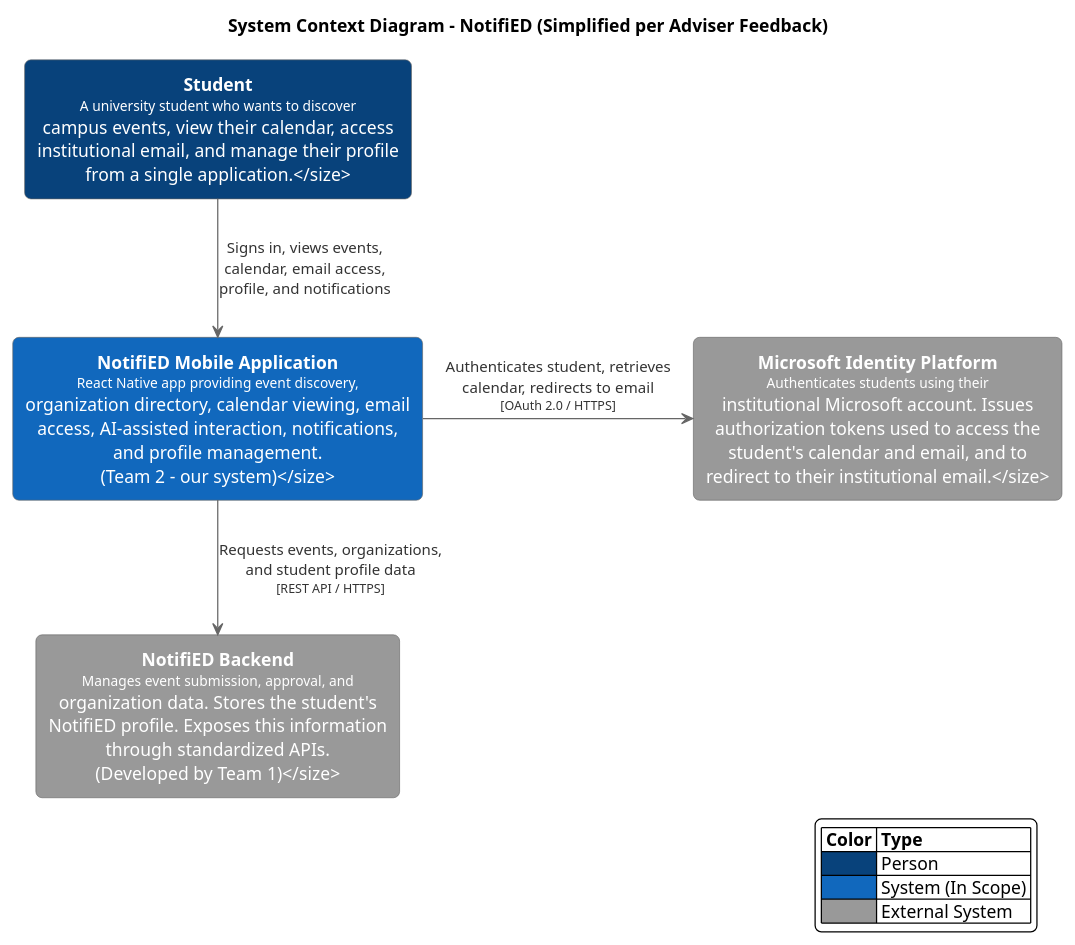
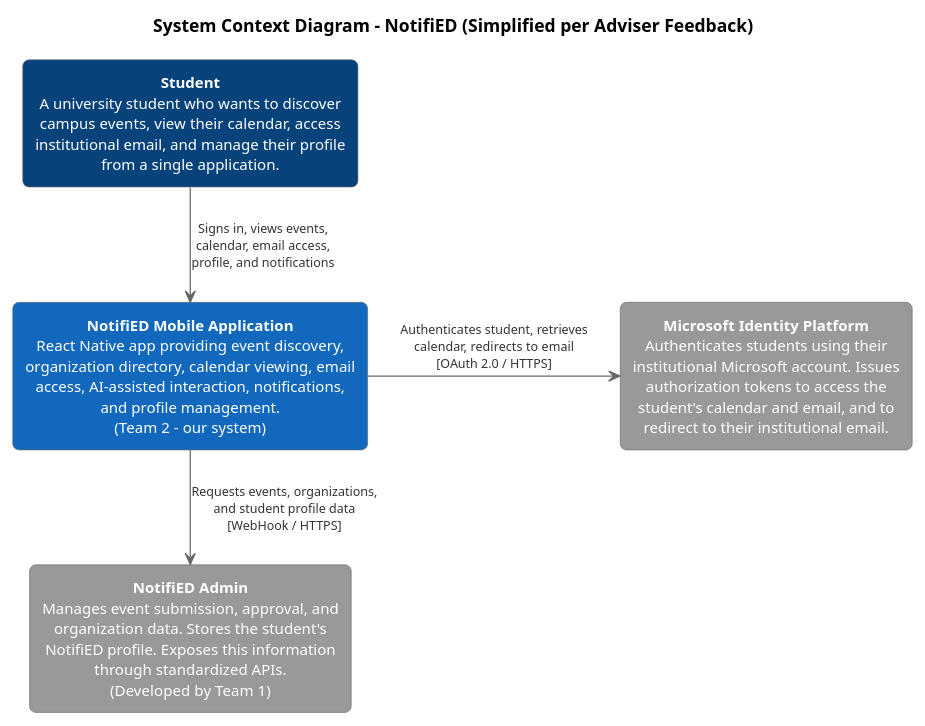
One commit to CrSaldua/NotifiED-MyRepo changed the diagram in docs/MSYADD1/C4 Diagrams/NotifiED_System_Context_Diagram(Version2).puml. Above: the diagram before and after it, drawn with PlantUML.

Commit message:
Revise NotifiED System Context Diagram structure

```diff
--- a/docs/MSYADD1/C4 Diagrams/NotifiED_System_Context_Diagram(Version2).puml
+++ b/docs/MSYADD1/C4 Diagrams/NotifiED_System_Context_Diagram(Version2).puml
@@ -1,48 +1,39 @@
-@startuml SystemContext_NotifiED_Simplified
- 
+@startuml System_Context_Diagram_NotifiED
+
 title System Context Diagram - NotifiED (Simplified per Adviser Feedback)
- 
+
 skinparam backgroundColor #FFFFFF
 skinparam defaultTextAlignment center
 skinparam roundcorner 10
 skinparam shadowing false
- 
+skinparam ranksep 50
+skinparam nodesep 50
+
 skinparam rectangle {
     BorderColor #666666
     FontColor #FFFFFF
-    FontSize 14
+    FontSize 12
 }
- 
+
 skinparam arrow {
     Color #666666
     FontColor #333333
-    FontSize 12
+    FontSize 10
 }
- 
-' ===== Person =====
-rectangle "**Student**\n<size:11>A university student who wants to discover\ncampus events, view their calendar, access\ninstitutional email, and manage their profile\nfrom a single application.</size>" as student #08427B
- 
-' ===== Core System (in scope) =====
-rectangle "**NotifiED Mobile Application**\n<size:11>React Native app providing event discovery,\norganization directory, calendar viewing, email\naccess, AI-assisted interaction, notifications,\nand profile management.\n(Team 2 - our system)</size>" as notified #1168BD
- 
-' ===== External Systems =====
-rectangle "**Microsoft Identity Platform**\n<size:11>Authenticates students using their\ninstitutional Microsoft account. Issues\nauthorization tokens used to access the\nstudent's calendar and email, and to\nredirect to their institutional email.</size>" as msIdentity #999999
- 
-rectangle "**NotifiED Backend**\n<size:11>Manages event submission, approval, and\norganization data. Stores the student's\nNotifiED profile. Exposes this information\nthrough standardized APIs.\n(Developed by Team 1)</size>" as backendService #999999
- 
-' ===== Relationships =====
-student -down-> notified : "Signs in, views events,\ncalendar, email access,\nprofile, and notifications"
- 
-notified -right-> msIdentity : "Authenticates student, retrieves\ncalendar, redirects to email\n<size:10>[OAuth 2.0 / HTTPS]</size>"
- 
-notified -down-> backendService : "Requests events, organizations,\nand student profile data\n<size:10>[REST API / HTTPS]</size>"
- 
-' ===== Legend =====
-legend right
-  |= Color |= Type |
-  |<#08427B>| Person |
-  |<#1168BD>| System (In Scope) |
-  |<#999999>| External System |
-endlegend
- 
+
+' ===== Elements =====
+rectangle "**Student**\nA university student who wants to discover\ncampus events, view their calendar, access\ninstitutional email, and manage their profile\nfrom a single application." as student #08427B
+
+rectangle "**NotifiED Mobile Application**\nReact Native app providing event discovery,\norganization directory, calendar viewing, email\naccess, AI-assisted interaction, notifications,\nand profile management.\n(Team 2 - our system)" as mobileApp #1168BD
+
+rectangle "**NotifiED Admin**\nManages event submission, approval, and\norganization data. Stores the student's\nNotifiED profile. Exposes this information\nthrough standardized APIs.\n(Developed by Team 1)" as backendService #999999
+
+rectangle "**Microsoft Identity Platform**\nAuthenticates students using their\ninstitutional Microsoft account. Issues\nauthorization tokens to access the\nstudent's calendar and email, and to\nredirect to their institutional email." as msIdentity #999999
+
+' ===== Layout Control (Hidden links to center the mobile app) =====
+student -down-> mobileApp : "Signs in, views events,\ncalendar, email access,\nprofile, and notifications"
+mobileApp -down-> backendService : "Requests events, organizations,\nand student profile data\n[WebHook / HTTPS]"
+
+mobileApp -right-> msIdentity : "Authenticates student, retrieves\ncalendar, redirects to email\n[OAuth 2.0 / HTTPS]"
+
 @enduml
```
